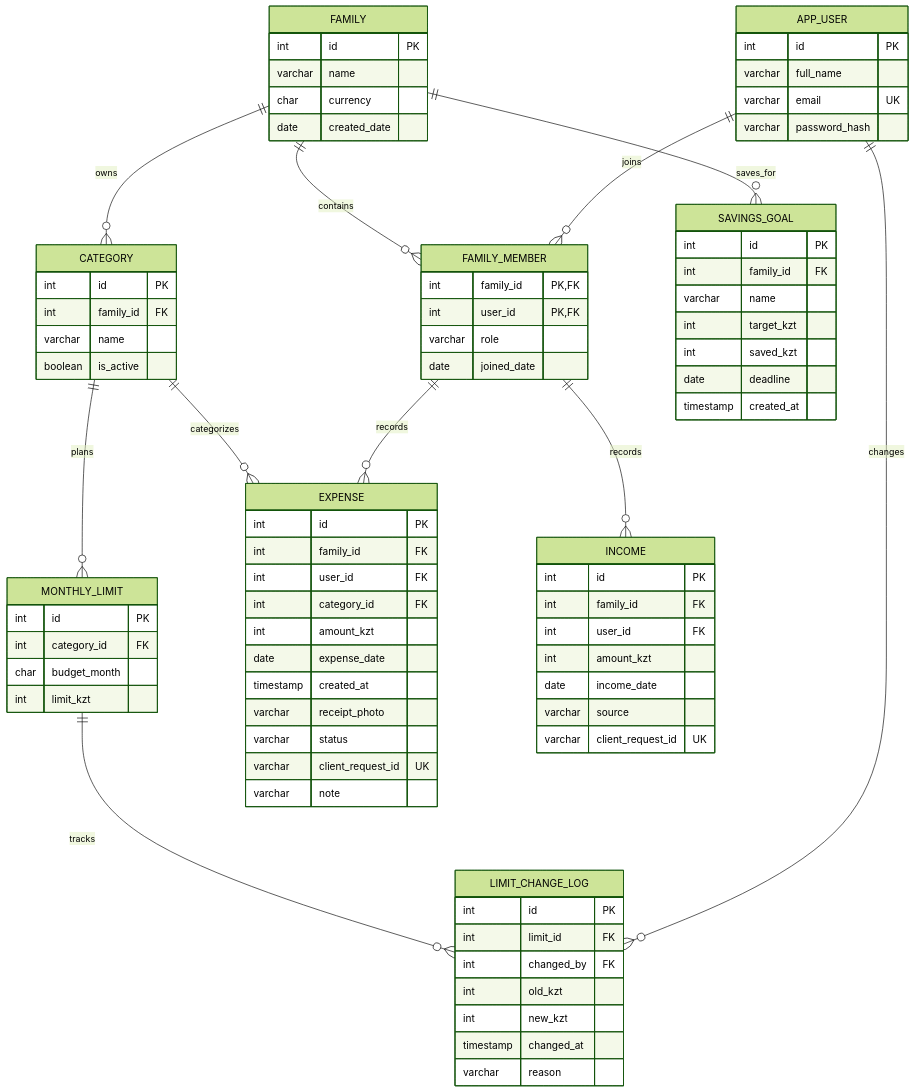
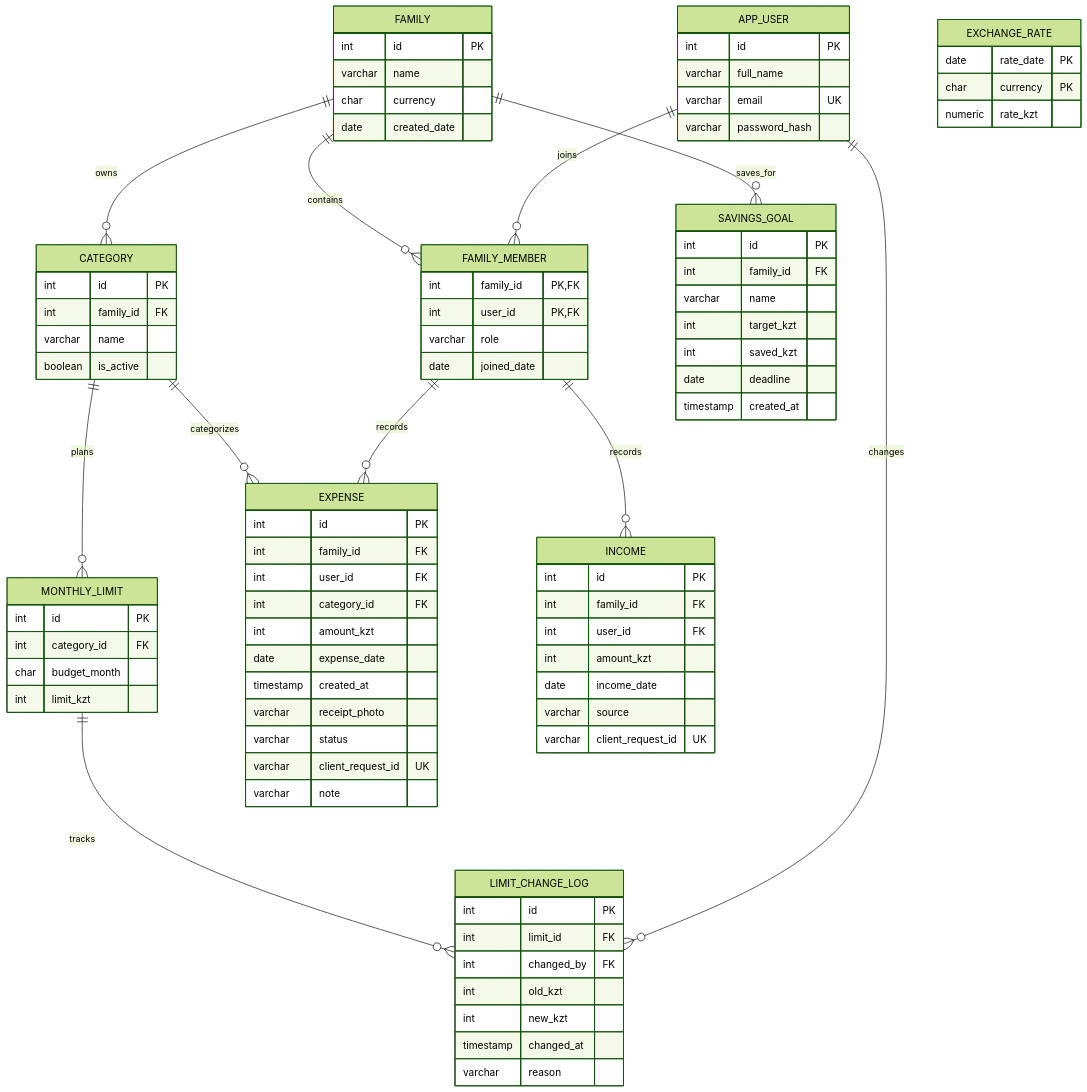
One commit to atalgatbek/Family-Budget-Tracker changed the diagram in docs/schema.md. Above: the diagram before and after it, drawn with Mermaid (forest theme). The commit also changed other lines of this file and 14 other files, not shown here.

````diff
--- a/docs/schema.md
+++ b/docs/schema.md
@@ -82,4 +82,9 @@
         date deadline
         timestamp created_at
     }
+    EXCHANGE_RATE {
+        date rate_date PK
+        char currency PK
+        numeric rate_kzt
+    }
 ```
````
